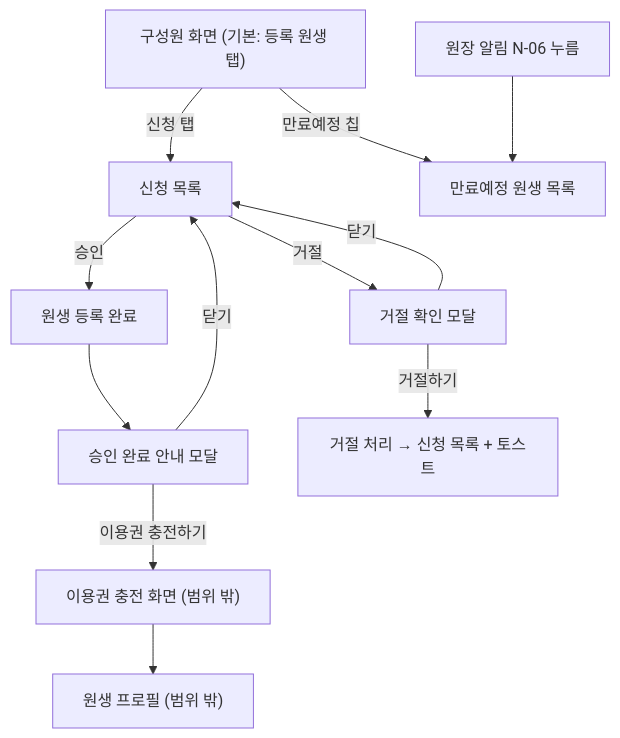
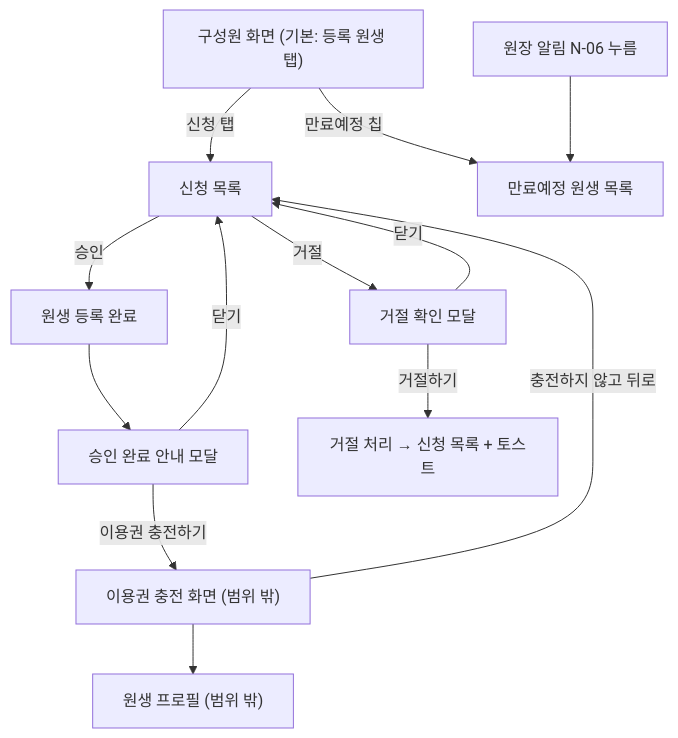
One commit to PetCampus-Inc/daeng_v2_front changed the diagram in docs/prd/[KD3-696] member-management/PRD-KD3-696-Member-Management.md. Above: the diagram before and after it, drawn with Mermaid. The commit also changed other lines of this file, not shown here.

````diff
--- a/docs/prd/[KD3-696] member-management/PRD-KD3-696-Member-Management.md
+++ b/docs/prd/[KD3-696] member-management/PRD-KD3-696-Member-Management.md
@@ -89,14 +89,15 @@
 ```mermaid
 flowchart TD
     A["구성원 화면 (기본: 등록 원생 탭)"] -->|신청 탭| B["신청 목록"]
     A -->|"만료예정 칩"| A2["만료예정 원생 목록"]
     N["원장 알림 N-06 누름"] --> A2
     B -->|승인| R["원생 등록 완료"]
     R --> M["승인 완료 안내 모달"]
     M -->|닫기| B
     M -->|이용권 충전하기| C["이용권 충전 화면 (범위 밖)"]
     C --> P["원생 프로필 (범위 밖)"]
+    C -->|충전하지 않고 뒤로| B
     B -->|거절| Q["거절 확인 모달"]
     Q -->|닫기| B
     Q -->|거절하기| T["거절 처리 → 신청 목록 + 토스트"]
 ```
````
